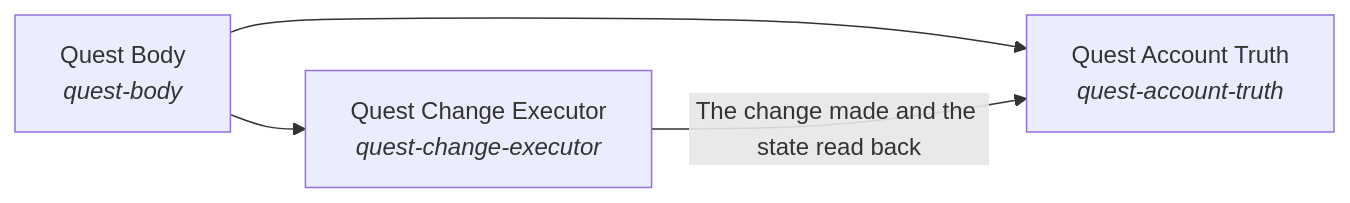
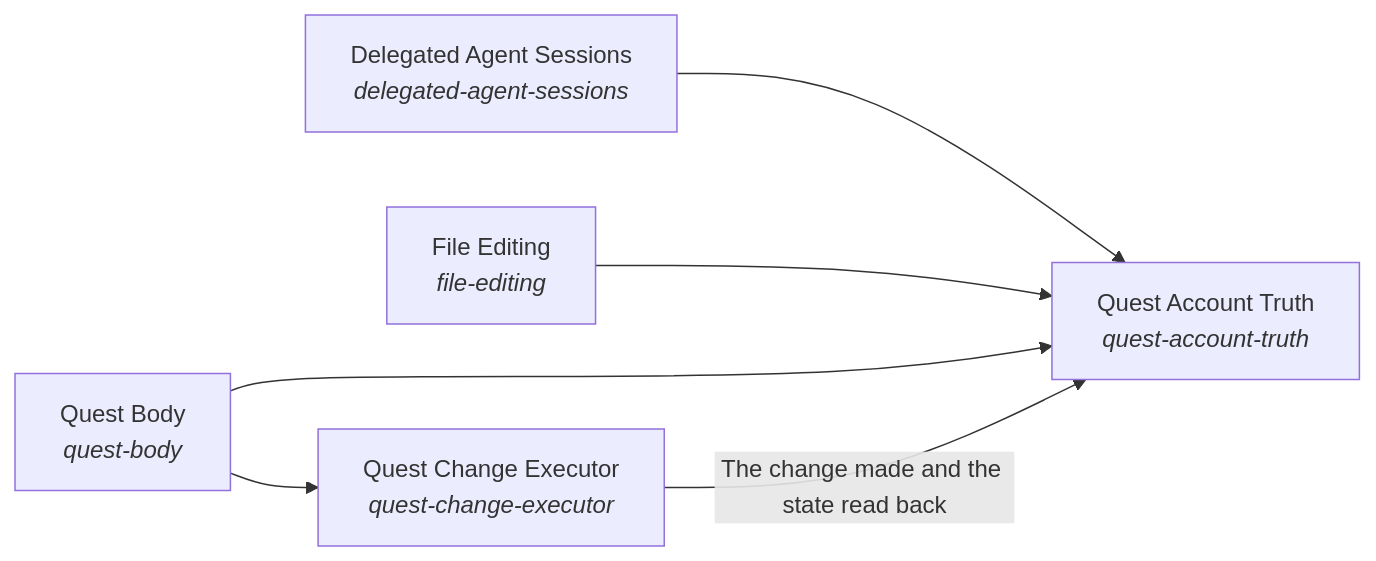
One commit to SpiritualData/quest-ai-runner changed the diagram in quest_ai_runner/the_body/README.md. Above: the diagram before and after it, drawn with Mermaid. The commit also changed other lines of this file and 91 other files, not shown here.

Commit message:
Intent Evolution interface and its place in the flow (no arm yet), metrics for Intent Evolution and Quest Consciousness, authoritative metrics, overrides, regenerated READMEs and diagrams

````diff
--- a/quest_ai_runner/the_body/README.md
+++ b/quest_ai_runner/the_body/README.md
@@ -70,9 +17,13 @@
 ```mermaid
 flowchart LR
-    s0["Quest Body<br/><i>quest-body</i>"]
-    s1["Quest Account Truth<br/><i>quest-account-truth</i>"]
-    s2["Quest Change Executor<br/><i>quest-change-executor</i>"]
-    s0 --> s1
-    s0 --> s2
-    s2 -->|"The change made and the state read back"| s1
+    s0["Delegated Agent Sessions<br/><i>delegated-agent-sessions</i>"]
+    s1["File Editing<br/><i>file-editing</i>"]
+    s2["Quest Body<br/><i>quest-body</i>"]
+    s3["Quest Account Truth<br/><i>quest-account-truth</i>"]
+    s4["Quest Change Executor<br/><i>quest-change-executor</i>"]
+    s0 --> s3
+    s1 --> s3
+    s2 --> s3
+    s2 --> s4
+    s4 -->|"The change made and the state read back"| s3
 ```
````
